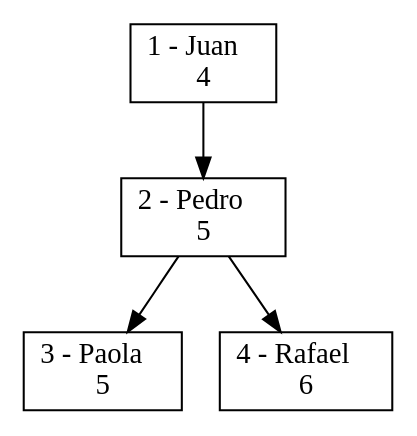
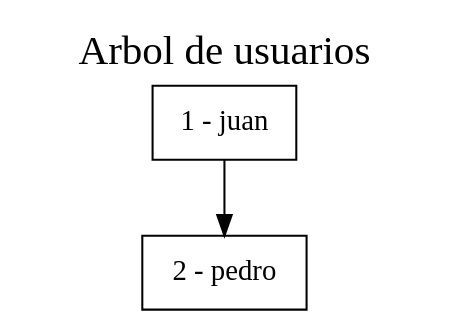
One commit to elJuanjoRamos/EDD_1S2020_PY1_201801262 changed the diagram in EDD_Proyecto1/EDD_Proyecto1/ArbolBinarioBusqueda.dot. Above: the diagram before and after it, drawn with Graphviz. The commit also changed 26 other files, not shown here.

```diff
--- a/EDD_Proyecto1/EDD_Proyecto1/ArbolBinarioBusqueda.dot
+++ b/EDD_Proyecto1/EDD_Proyecto1/ArbolBinarioBusqueda.dot
@@ -1,10 +1,7 @@
 digraph grafica{
-rankdir=TB;node [shape = record, style=filled, fillcolor=white];
-nodo1[ label ="1 - Juan\l4"];
-nodo2[ label ="2 - Pedro\l5"];
-nodo3 [ label ="3 - Paola\l5"];
-nodo2->nodo3
-nodo4 [ label ="4 - Rafael\l6"];
-nodo2->nodo4
+rankdir=TB;graph[label="Arbol de usuarios", labelloc=t, fontsize=20]
+node [shape = record, style=filled, fillcolor=white];
+nodo1[ label ="1 - juan"];
+nodo2 [ label ="2 - pedro"];
 nodo1->nodo2
 }
```
